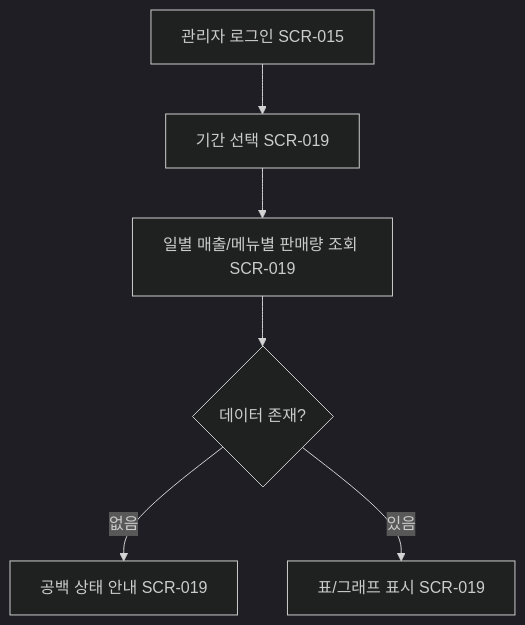
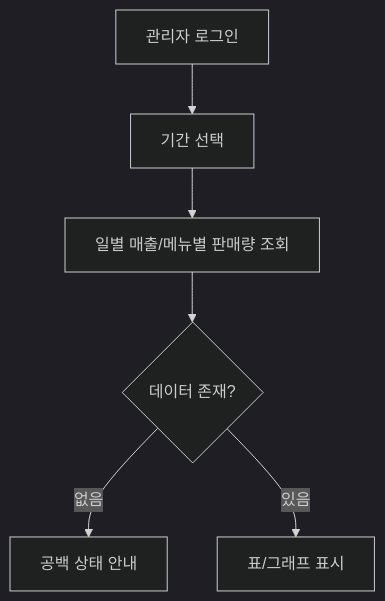
One commit to hagenie128/ASAK changed diagram 19 of 25 in docs/wiki/user-scenarios.md. Above: the diagram before and after it, drawn with Mermaid (dark theme). The commit also changed other lines of this file and 241 other files, not shown here.

````diff
--- a/docs/wiki/user-scenarios.md
+++ b/docs/wiki/user-scenarios.md
@@ -304,8 +301,8 @@
 ```mermaid
 flowchart TD
-    A[관리자 로그인 SCR-015] --> B[기간 선택 SCR-019]
-    B --> C[일별 매출/메뉴별 판매량 조회 SCR-019]
+    A[관리자 로그인] --> B[기간 선택]
+    B --> C[일별 매출/메뉴별 판매량 조회]
     C --> D{데이터 존재?}
-    D -->|없음| E[공백 상태 안내 SCR-019]
-    D -->|있음| F[표/그래프 표시 SCR-019]
+    D -->|없음| E[공백 상태 안내]
+    D -->|있음| F[표/그래프 표시]
 ```
````
